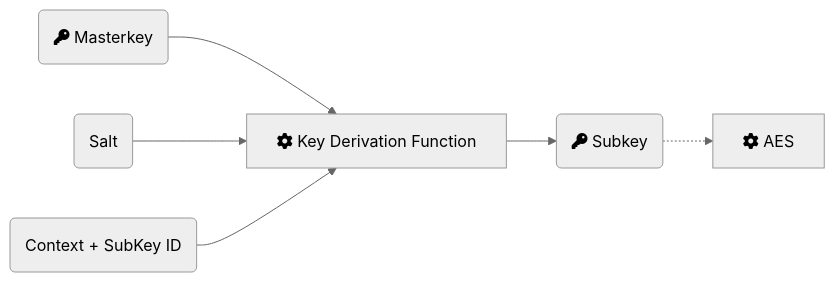
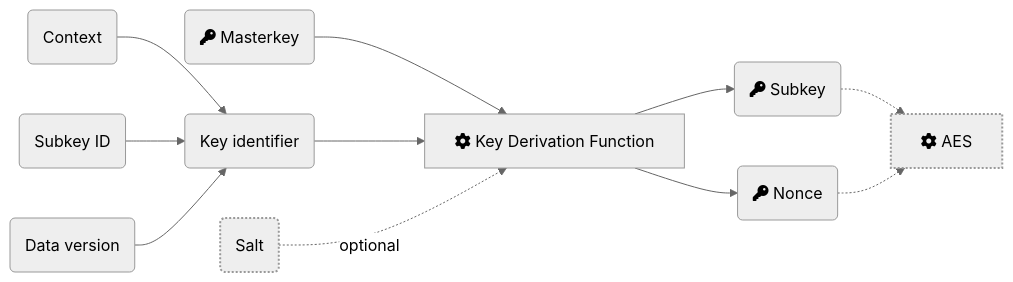
The fourth of 4 diagrams in website/content/HowTo/keys/_index.md (neuhalje/bouncy-gpg), drawn with Mermaid (neutral theme) before and after one commit. The commit also changed other lines of this file and 3 other files, not shown here.

```diff
--- a/website/content/HowTo/keys/_index.md
+++ b/website/content/HowTo/keys/_index.md
@@ -50,8 +101,19 @@
 {{<mermaid align="left">}}
 graph LR;
+    Context(Context) --> KeyID
+    SubkeyID(Subkey ID) --> KeyID
+    Version(Data version) --> KeyID
+
     MK(fa:fa-key  Masterkey) --> KDF[fa:fa-cog Key Derivation Function]
-    S(Salt) --> KDF
-    ID(Context + SubKey ID) --> KDF
+    KeyID(Key identifier) --> KDF
+    S(Salt) -. optional .-> KDF
+    
+    KDF --> nonce(fa:fa-key Nonce)
     KDF --> SK(fa:fa-key Subkey)
+    
     SK -.-> AES[fa:fa-cog AES]
+    nonce -.-> AES
+
+    classDef dotted_border stroke-width:2,stroke-dasharray:2,4;
+    class AES,S dotted_border
 {{< /mermaid >}}
```
